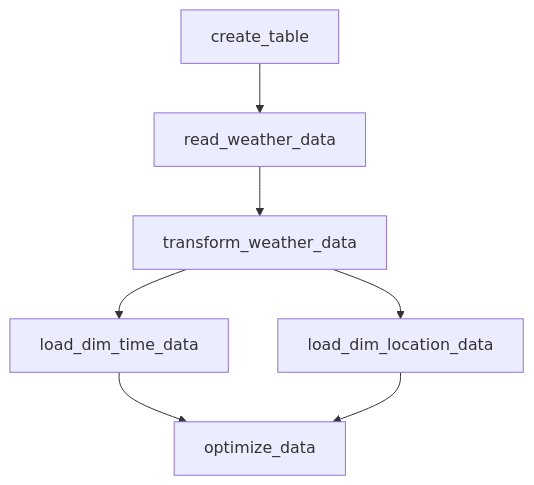
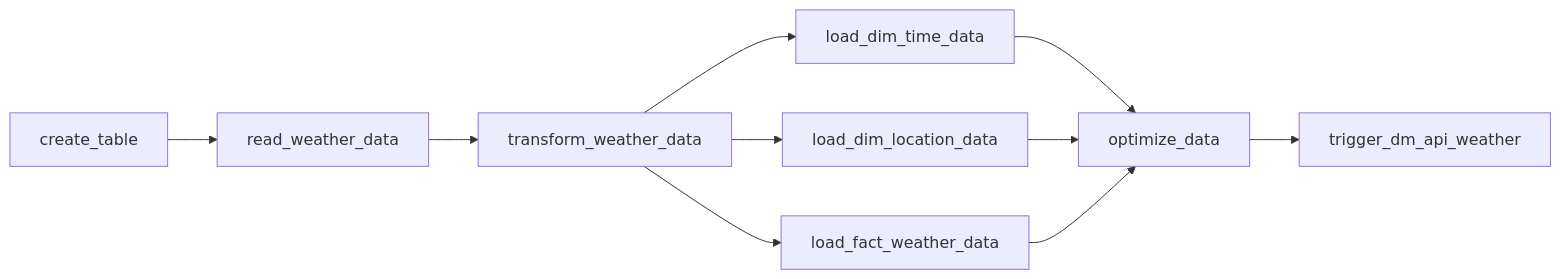
The second of 3 diagrams in README.md (Marvisyeh/ETL-with-Apache-Airflow), drawn with Mermaid before and after one commit. The commit also changed other lines of this file and 6 other files, not shown here.

````diff
--- a/README.md
+++ b/README.md
@@ -224,9 +186,12 @@
 ```mermaid
-graph TD
+graph LR
 A[create_table] --> B[read_weather_data]
 B --> C[transform_weather_data]
 C --> D[load_dim_time_data]
 C --> E[load_dim_location_data]
+C --> G[load_fact_weather_data]
 D --> F[optimize_data]
 E --> F
+G --> F
+F --> H[trigger_dm_api_weather]
 ```
````
